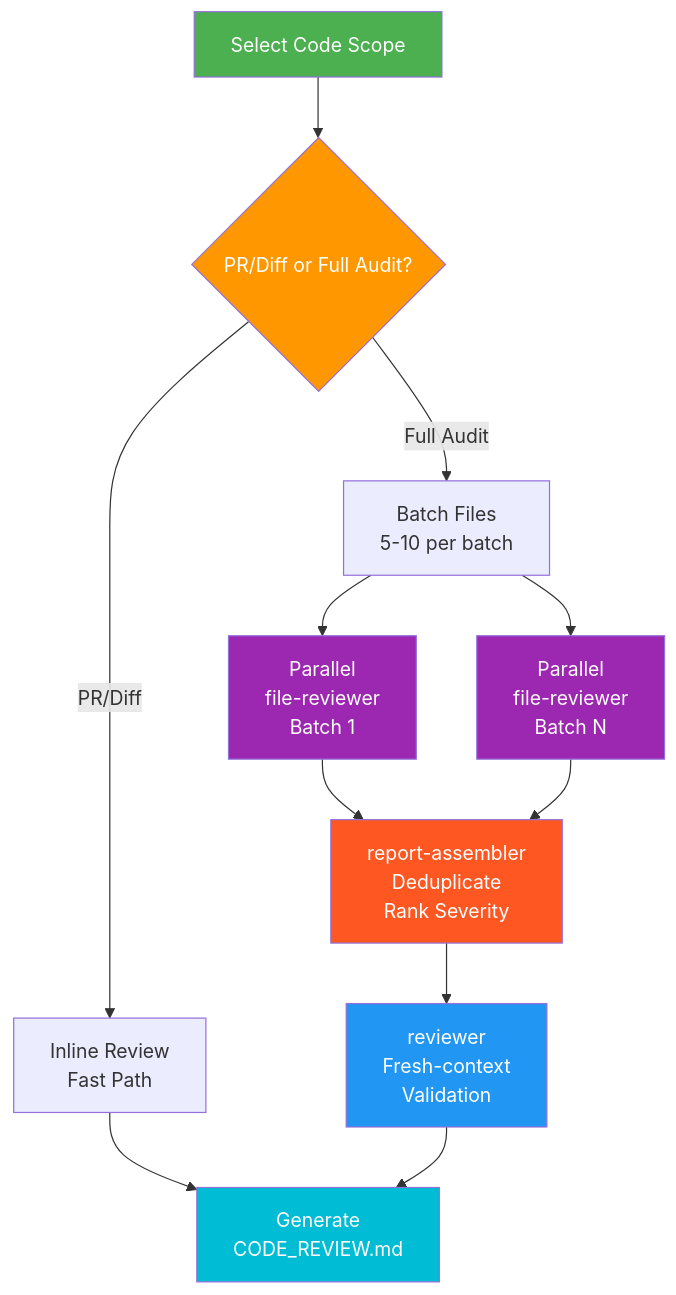
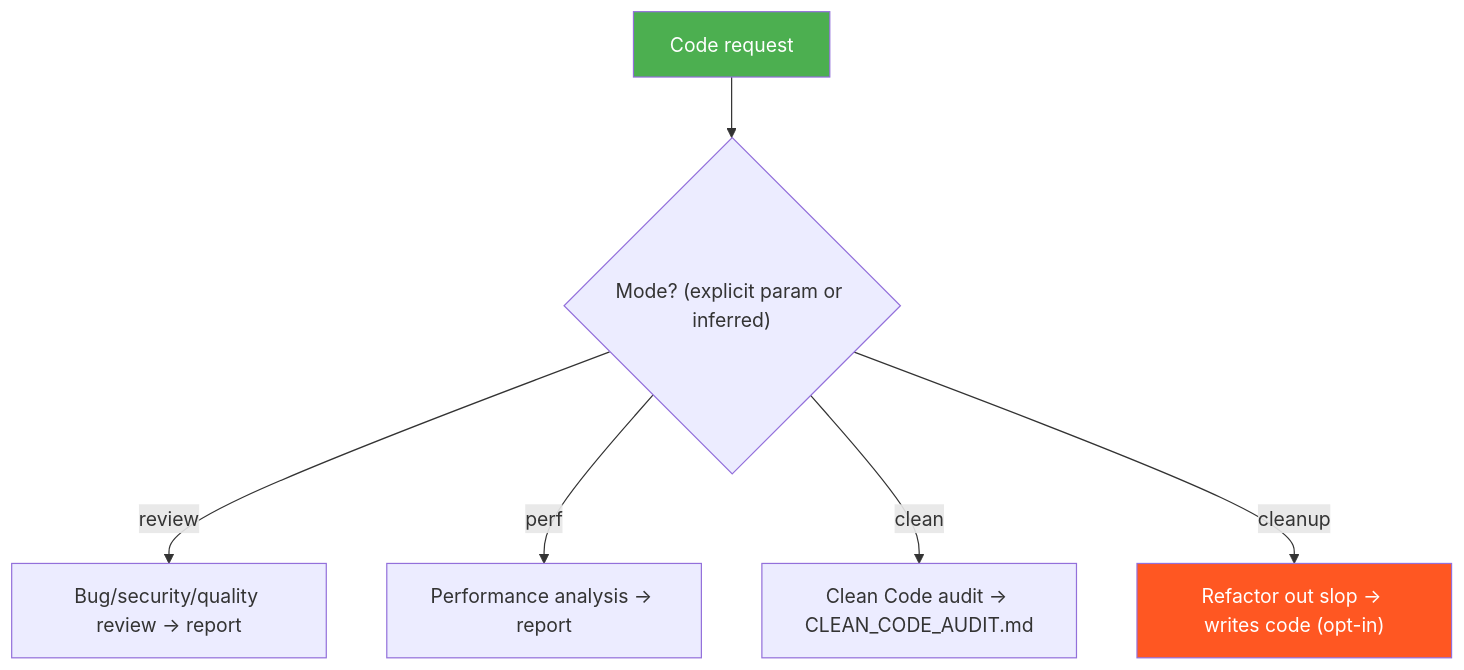
The diagram in skills/code-review/docs/README.md (hongphuc5497/skills), drawn with Mermaid before and after one commit. The commit also changed other lines of this file and 22 other files, not shown here.

````diff
--- a/skills/code-review/docs/README.md
+++ b/skills/code-review/docs/README.md
@@ -40,20 +35,10 @@
 ```mermaid
 graph TD
-    A["Select Code Scope"] --> B{"PR/Diff or Full Audit?"}
-    B -->|PR/Diff| C["Inline Review<br/>Fast Path"]
-    B -->|Full Audit| D["Batch Files<br/>5-10 per batch"]
-    C --> F["Generate<br/>CODE_REVIEW.md"]
-    D --> E1["Parallel<br/>file-reviewer<br/>Batch 1"]
-    D --> E2["Parallel<br/>file-reviewer<br/>Batch N"]
-    E1 --> G["report-assembler<br/>Deduplicate<br/>Rank Severity"]
-    E2 --> G
-    G --> H["reviewer<br/>Fresh-context<br/>Validation"]
-    H --> F
+    A["Code request"] --> M{"Mode? (explicit param or inferred)"}
+    M -->|review| R["Bug/security/quality review -> report"]
+    M -->|perf| P["Performance analysis -> report"]
+    M -->|clean| C["Clean Code audit -> CLEAN_CODE_AUDIT.md"]
+    M -->|cleanup| U["Refactor out slop -> writes code (opt-in)"]
     style A fill:#4CAF50,color:#fff
-    style B fill:#FF9800,color:#fff
-    style E1 fill:#9C27B0,color:#fff
-    style E2 fill:#9C27B0,color:#fff
-    style G fill:#FF5722,color:#fff
-    style H fill:#2196F3,color:#fff
-    style F fill:#00BCD4,color:#fff
+    style U fill:#FF5722,color:#fff
 ```
````
